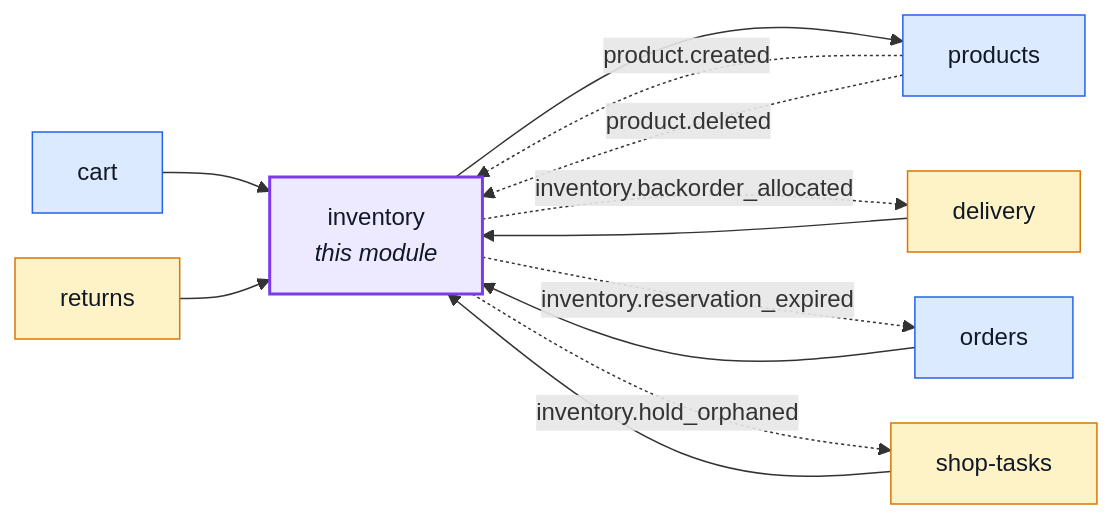
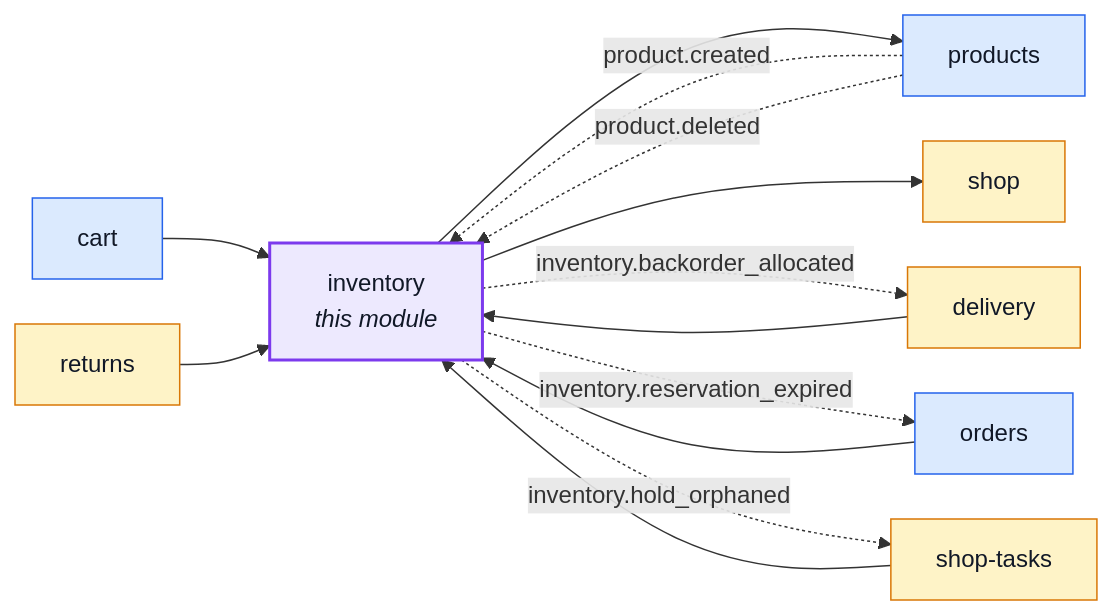
One commit to Guebbit/boilerplate-node-backend changed the first of 2 diagrams in docs/modules/inventory.md. Above: the diagram before and after it, drawn with Mermaid. The commit also changed 37 other files, not shown here.

````diff
--- a/docs/modules/inventory.md
+++ b/docs/modules/inventory.md
@@ -18,31 +18,33 @@
 ```mermaid
 %%{init: {'flowchart': {'nodeSpacing': 30, 'rankSpacing': 60}}}%%
 flowchart LR
     inventory["inventory<br/><i>this module</i>"]
     cart["cart"]
     delivery["delivery"]
     orders["orders"]
     products["products"]
     returns["returns"]
+    shop["shop"]
     shop_tasks["shop-tasks"]
 
     cart --> inventory
     delivery --> inventory
     orders --> inventory
     returns --> inventory
     shop_tasks --> inventory
     inventory --> products
+    inventory --> shop
     products -. "product.created" .-> inventory
     products -. "product.deleted" .-> inventory
     inventory -. "inventory.backorder_allocated" .-> delivery
     inventory -. "inventory.reservation_expired" .-> orders
     inventory -. "inventory.hold_orphaned" .-> shop_tasks
 
     classDef core fill:#dbeafe,stroke:#2563eb,color:#111827;
     classDef supporting fill:#fef3c7,stroke:#d97706,color:#111827;
     classDef generic fill:#dcfce7,stroke:#16a34a,color:#111827;
     classDef centre fill:#ede9fe,stroke:#7c3aed,stroke-width:2px,color:#111827;
     class cart,orders,products core;
-    class delivery,returns,shop_tasks supporting;
+    class delivery,returns,shop,shop_tasks supporting;
     class inventory centre;
 ```
````
